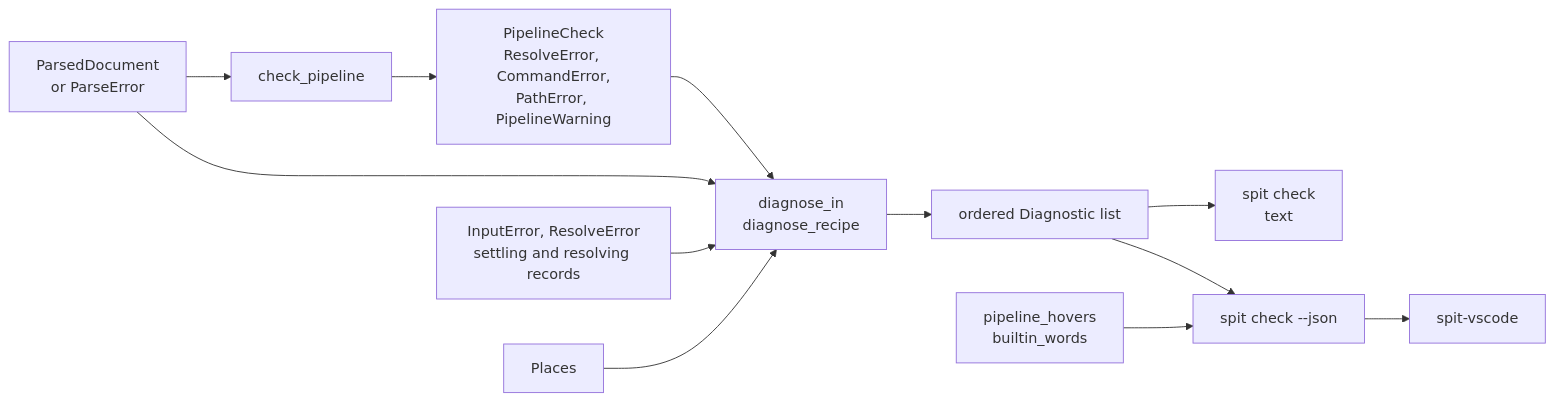
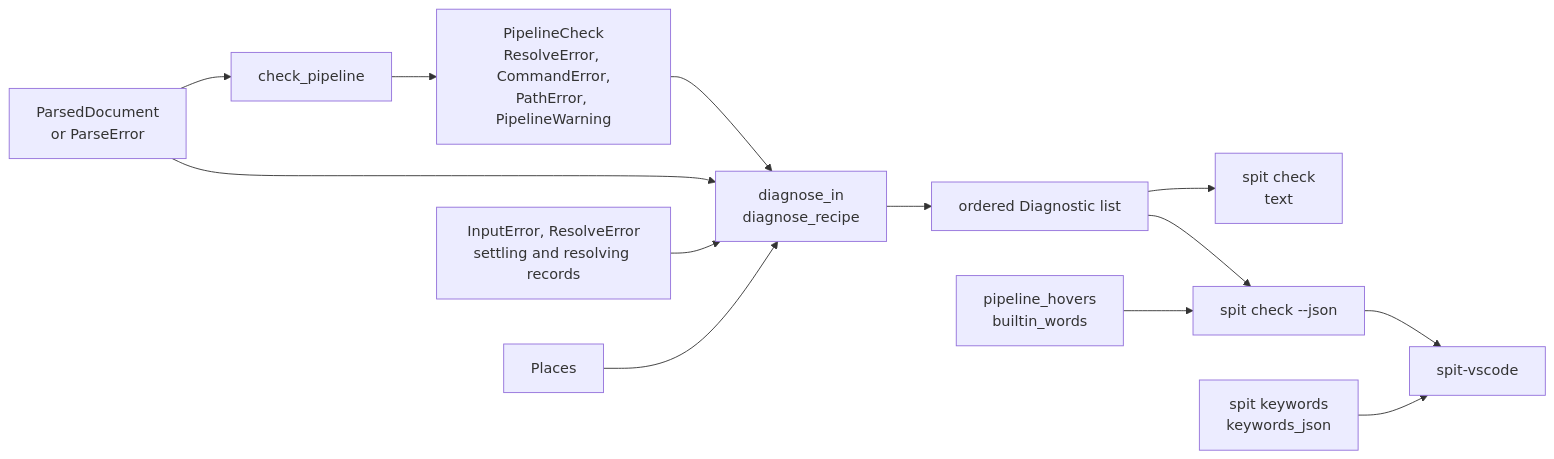
One commit to eclnz/spit changed the diagram in docs/architecture/diagnostics.md. Above: the diagram before and after it, drawn with Mermaid. The commit also changed other lines of this file and 6 other files, not shown here.

First line of the commit message:
Print SPIT's keyword table with spit keywords, for the editor's grammar

````diff
--- a/docs/architecture/diagnostics.md
+++ b/docs/architecture/diagnostics.md
@@ -5,14 +5,15 @@
 ```mermaid
 flowchart LR
     parse["ParsedDocument<br/>or ParseError"] --> check["check_pipeline"]
     check --> report["PipelineCheck<br/>ResolveError, CommandError,<br/>PathError, PipelineWarning"]
     report --> diagnose["diagnose_in<br/>diagnose_recipe"]
     parse --> diagnose
     records["InputError, ResolveError<br/>settling and resolving records"] --> diagnose
     places["Places"] --> diagnose
     diagnose --> list["ordered Diagnostic list"]
     list --> text["spit check<br/>text"]
     list --> json["spit check --json"]
     hovers["pipeline_hovers<br/>builtin_words"] --> json
     json --> editor["spit-vscode"]
+    keywords["spit keywords<br/>keywords_json"] --> editor
 ```
````
